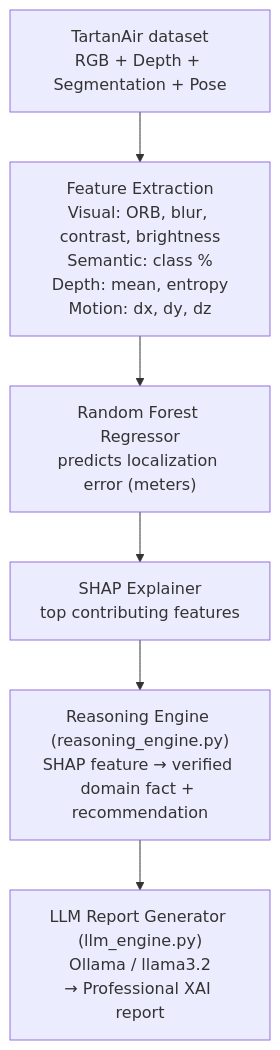
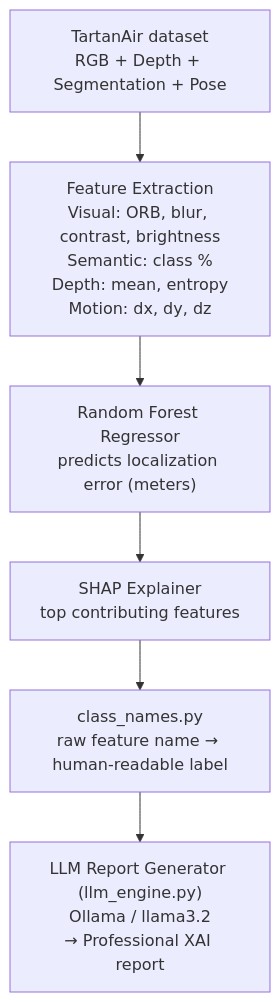
Before and after one commit to ankit070804/UAV-Localization: the diagram in README.md, drawn with Mermaid. The commit also changed other lines of this file, not shown here.

````diff
--- a/README.md
+++ b/README.md
@@ -11,8 +11,8 @@
 ```mermaid
 flowchart TD
     A["TartanAir dataset<br/>RGB + Depth + Segmentation + Pose"] --> B["Feature Extraction<br/>Visual: ORB, blur, contrast, brightness<br/>Semantic: class %<br/>Depth: mean, entropy<br/>Motion: dx, dy, dz"]
     B --> C["Random Forest Regressor<br/>predicts localization error (meters)"]
     C --> D["SHAP Explainer<br/>top contributing features"]
-    D --> E["Reasoning Engine (reasoning_engine.py)<br/>SHAP feature → verified domain fact + recommendation"]
+    D --> E["class_names.py<br/>raw feature name → human-readable label"]
     E --> F["LLM Report Generator (llm_engine.py)<br/>Ollama / llama3.2<br/>→ Professional XAI report"]
 ```
````
